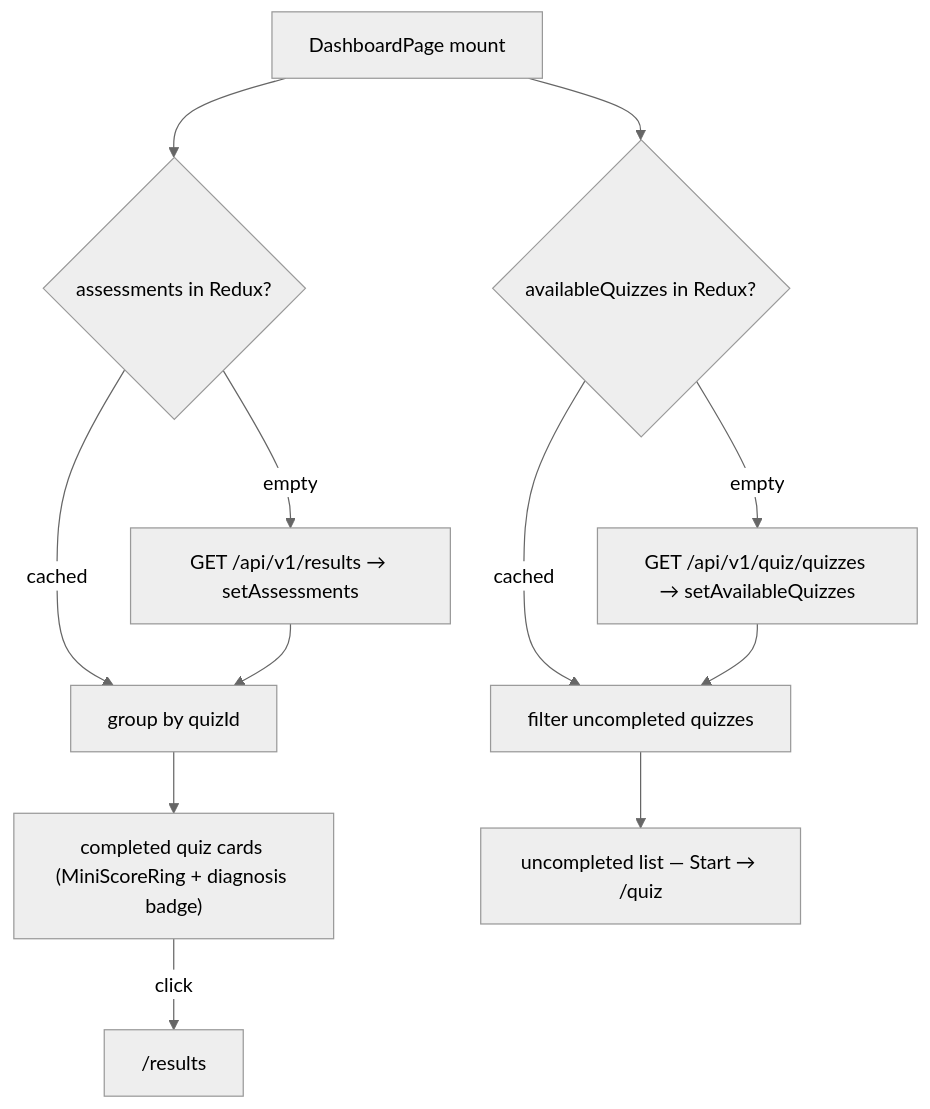
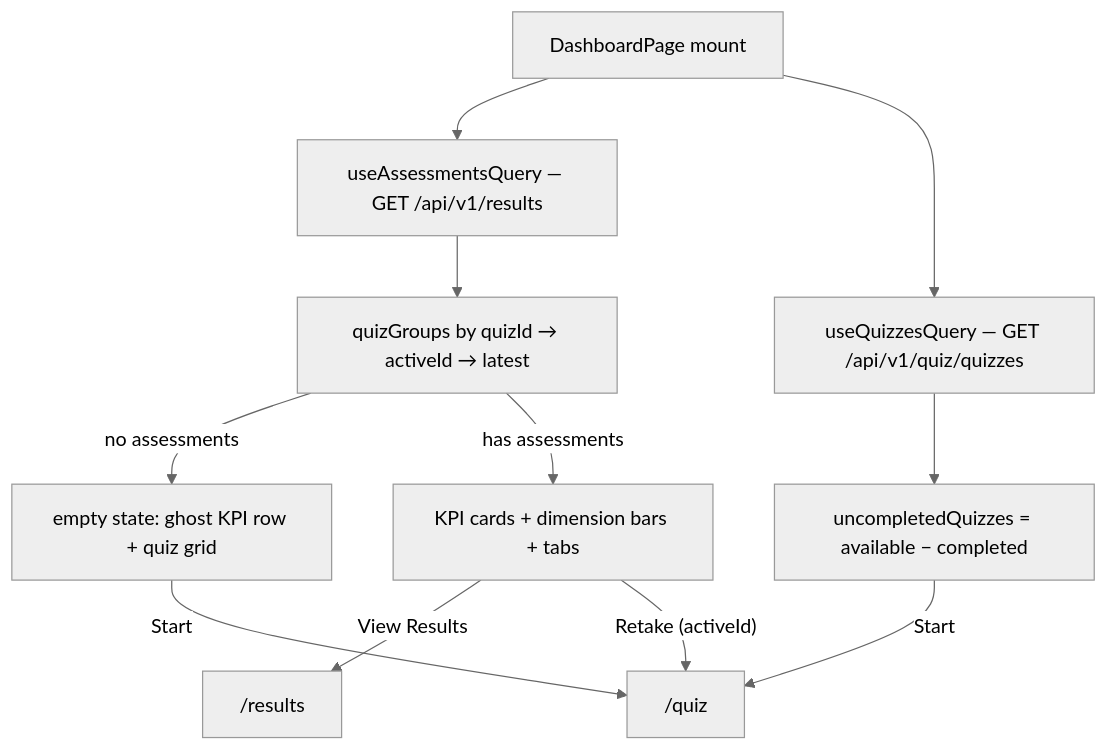
The diagram in docs/product/dashboard/README.md (sathittham/factory-sync-solutions), drawn with Mermaid (neutral theme) before and after one commit. The commit also changed other lines of this file and 9 other files, not shown here.

First line of the commit message:
feat(web): rework web-app DashboardPage into KPI stat cards

````diff
--- a/docs/product/dashboard/README.md
+++ b/docs/product/dashboard/README.md
@@ -89,14 +91,13 @@
 ```mermaid
 flowchart TD
-    DP[DashboardPage mount] --> R{assessments in Redux?}
-    R -->|empty| A["GET /api/v1/results → setAssessments"]
-    R -->|cached| G[group by quizId]
-    A --> G
-    DP --> Q{availableQuizzes in Redux?}
-    Q -->|empty| B["GET /api/v1/quiz/quizzes → setAvailableQuizzes"]
-    Q -->|cached| U[filter uncompleted quizzes]
-    B --> U
-    G --> C["completed quiz cards (MiniScoreRing + diagnosis badge)"]
-    U --> L["uncompleted list — Start → /quiz"]
-    C -->|click| RES["/results"]
+    DP[DashboardPage mount] --> A["useAssessmentsQuery — GET /api/v1/results"]
+    DP --> B["useQuizzesQuery — GET /api/v1/quiz/quizzes"]
+    A --> G["quizGroups by quizId → activeId → latest"]
+    B --> U["uncompletedQuizzes = available − completed"]
+    G -->|no assessments| E["empty state: ghost KPI row + quiz grid"]
+    G -->|has assessments| K["KPI cards + dimension bars + tabs"]
+    K -->|View Results| RES["/results"]
+    K -->|"Retake (activeId)"| Q["/quiz"]
+    U -->|Start| Q
+    E -->|Start| Q
 ```
````
